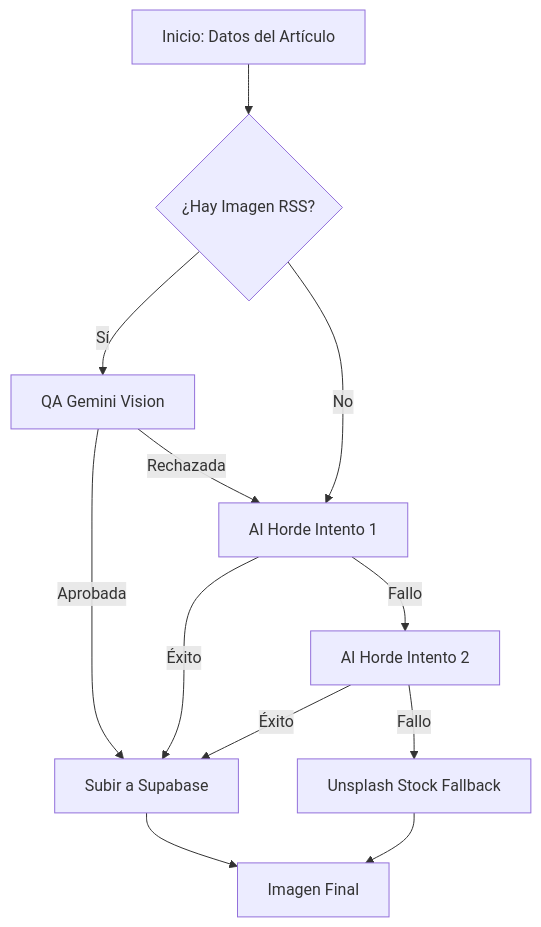
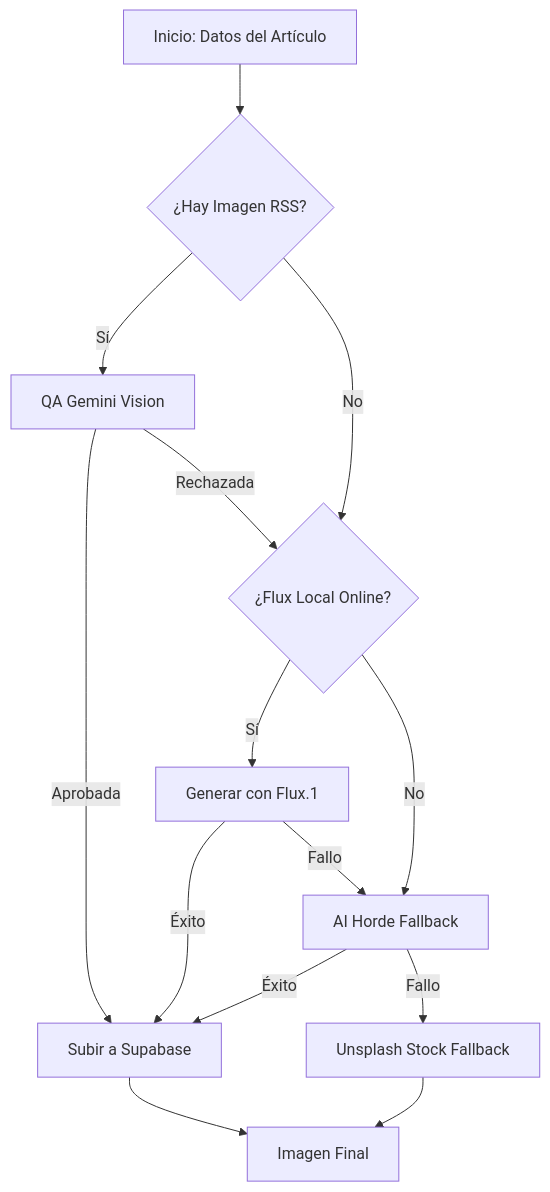
The diagram in docs/04 - Flujos de Trabajo.md (CarlosEmerito/EmeDotEme), drawn with Mermaid before and after one commit. The commit also changed other lines of this file and 4 other files, not shown here.

Commit message:
docs: actualizar documentación con la integración de Flux.1 y flujos locales

````diff
--- a/docs/04 - Flujos de Trabajo.md
+++ b/docs/04 - Flujos de Trabajo.md
@@ -165,14 +166,16 @@
 ```mermaid
 graph TD
     A[Inicio: Datos del Artículo] --> B{¿Hay Imagen RSS?}
     B -- Sí --> C[QA Gemini Vision]
-    B -- No --> D[AI Horde Intento 1]
+    B -- No --> D{¿Flux Local Online?}
     C -- Aprobada --> E[Subir a Supabase]
     C -- Rechazada --> D
-    D -- Éxito --> E
-    D -- Fallo --> F[AI Horde Intento 2]
+    D -- Sí --> F[Generar con Flux.1]
+    D -- No --> G[AI Horde Fallback]
     F -- Éxito --> E
-    F -- Fallo --> G[Unsplash Stock Fallback]
-    G --> H[Imagen Final]
-    E --> H
+    F -- Fallo --> G
+    G -- Éxito --> E
+    G -- Fallo --> H[Unsplash Stock Fallback]
+    H --> I[Imagen Final]
+    E --> I
 ```
````
